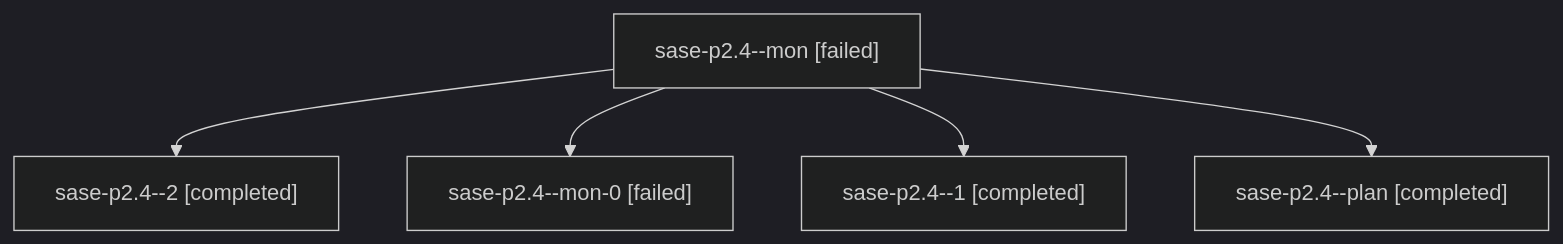
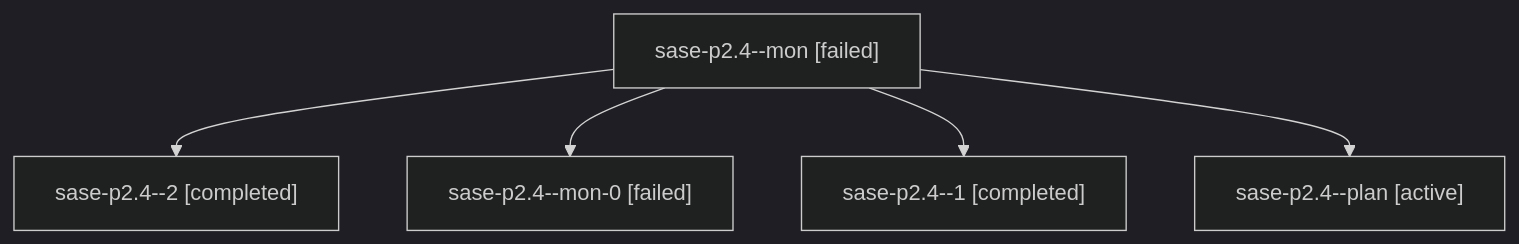
One commit to sase-org/sase--agents changed the diagram in families/bbugyi200.athena.sase-p2.4.md. Above: the diagram before and after it, drawn with Mermaid (dark theme). The commit also changed other lines of this file and 35830 other files, not shown here.

````diff
--- a/families/bbugyi200.athena.sase-p2.4.md
+++ b/families/bbugyi200.athena.sase-p2.4.md
@@ -9,12 +9,12 @@
 ```mermaid
 flowchart TD
   n0["sase-p2.4--mon [failed]"]
   n1["sase-p2.4--2 [completed]"]
   n0 --> n1
   n2["sase-p2.4--mon-0 [failed]"]
   n0 --> n2
   n3["sase-p2.4--1 [completed]"]
   n0 --> n3
-  n4["sase-p2.4--plan [completed]"]
+  n4["sase-p2.4--plan [active]"]
   n0 --> n4
 ```
````
